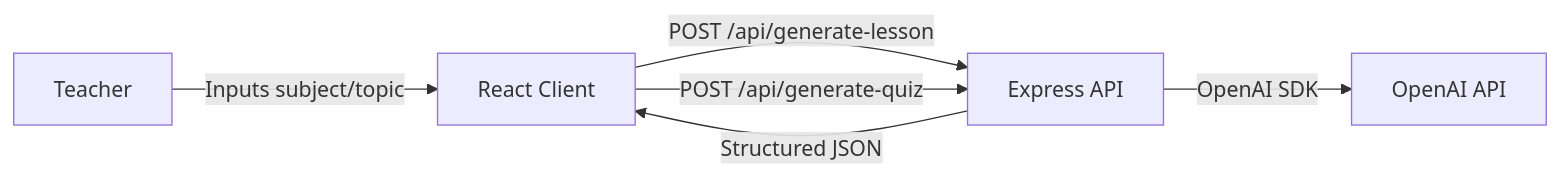
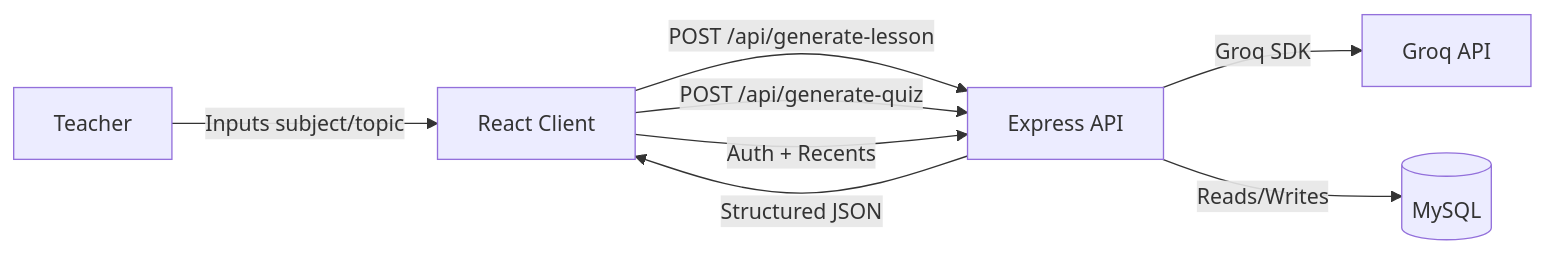
Before and after one commit to refatwashere/EZTutor: the diagram in docs/architecture.md, drawn with Mermaid. The commit also changed other lines of this file and 12 other files, not shown here.

````diff
--- a/docs/architecture.md
+++ b/docs/architecture.md
@@ -9,8 +9,10 @@
 ```mermaid
 flowchart LR
   U[Teacher] -->|Inputs subject/topic| UI[React Client]
   UI -->|POST /api/generate-lesson| API[Express API]
   UI -->|POST /api/generate-quiz| API
+  UI -->|Auth + Recents| API
   API -->|Structured JSON| UI
-  API -->|OpenAI SDK| OAI[OpenAI API]
+  API -->|Groq SDK| GQ[Groq API]
+  API -->|Reads/Writes| DB[(MySQL)]
 ```
````
